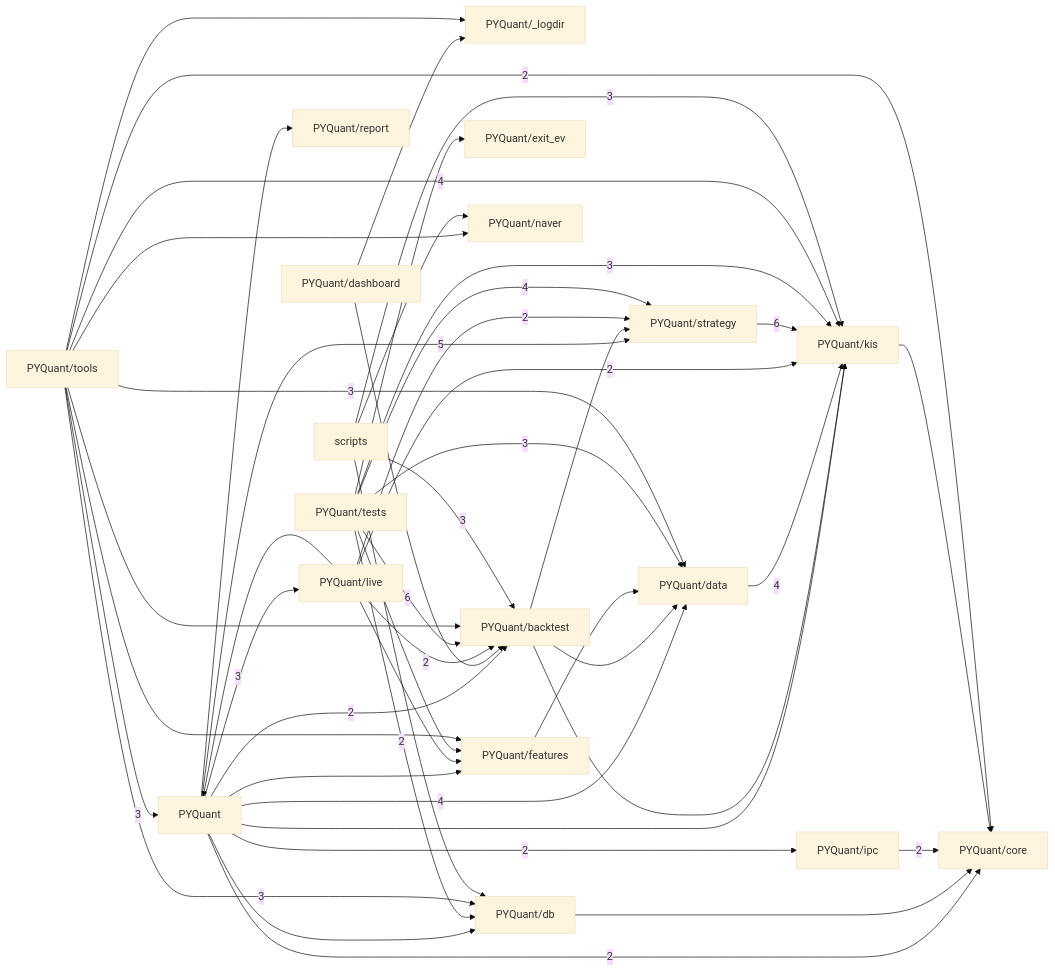
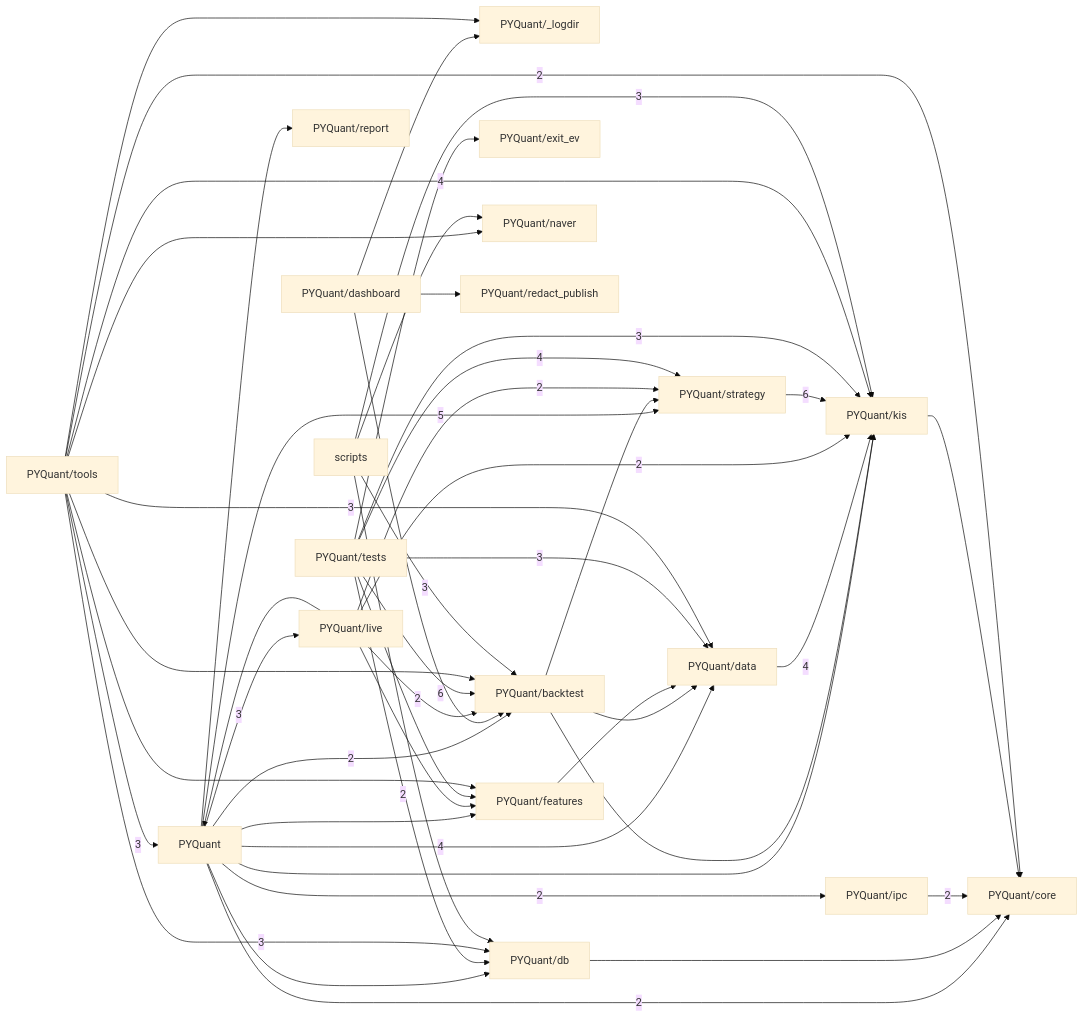
One commit to pypy8171/Quant changed the third of 3 diagrams in docs/CODE_GRAPH.md. Above: the diagram before and after it, drawn with Mermaid (base theme). The commit also changed other lines of this file and 69 other files, not shown here.

````diff
--- a/docs/CODE_GRAPH.md
+++ b/docs/CODE_GRAPH.md
@@ -903,67 +918,69 @@
 ```mermaid
 graph LR
   p_PYQuant["PYQuant"]
   p_PYQuant__logdir["PYQuant/_logdir"]
   p_PYQuant_backtest["PYQuant/backtest"]
   p_PYQuant_core["PYQuant/core"]
   p_PYQuant_dashboard["PYQuant/dashboard"]
   p_PYQuant_data["PYQuant/data"]
   p_PYQuant_db["PYQuant/db"]
   p_PYQuant_exit_ev["PYQuant/exit_ev"]
   p_PYQuant_features["PYQuant/features"]
   p_PYQuant_ipc["PYQuant/ipc"]
   p_PYQuant_kis["PYQuant/kis"]
   p_PYQuant_live["PYQuant/live"]
   p_PYQuant_naver["PYQuant/naver"]
+  p_PYQuant_redact_publish["PYQuant/redact_publish"]
   p_PYQuant_report["PYQuant/report"]
   p_PYQuant_strategy["PYQuant/strategy"]
   p_PYQuant_tests["PYQuant/tests"]
   p_PYQuant_tools["PYQuant/tools"]
   p_scripts["scripts"]
   p_PYQuant -->|2| p_PYQuant_backtest
   p_PYQuant -->|2| p_PYQuant_core
   p_PYQuant -->|4| p_PYQuant_data
   p_PYQuant --> p_PYQuant_db
   p_PYQuant --> p_PYQuant_features
   p_PYQuant -->|2| p_PYQuant_ipc
   p_PYQuant --> p_PYQuant_kis
   p_PYQuant -->|3| p_PYQuant_live
   p_PYQuant --> p_PYQuant_report
   p_PYQuant -->|5| p_PYQuant_strategy
   p_PYQuant_backtest --> p_PYQuant_data
   p_PYQuant_backtest --> p_PYQuant_kis
   p_PYQuant_backtest --> p_PYQuant_strategy
   p_PYQuant_dashboard --> p_PYQuant__logdir
   p_PYQuant_dashboard --> p_PYQuant_backtest
+  p_PYQuant_dashboard --> p_PYQuant_redact_publish
   p_PYQuant_data -->|4| p_PYQuant_kis
   p_PYQuant_db --> p_PYQuant_core
   p_PYQuant_features --> p_PYQuant_data
   p_PYQuant_ipc -->|2| p_PYQuant_core
   p_PYQuant_kis --> p_PYQuant_core
   p_PYQuant_live --> p_PYQuant
   p_PYQuant_live -->|2| p_PYQuant_backtest
   p_PYQuant_live --> p_PYQuant_features
   p_PYQuant_live -->|2| p_PYQuant_kis
   p_PYQuant_live -->|2| p_PYQuant_strategy
   p_PYQuant_strategy -->|6| p_PYQuant_kis
   p_PYQuant_tests -->|6| p_PYQuant_backtest
   p_PYQuant_tests -->|3| p_PYQuant_data
   p_PYQuant_tests -->|2| p_PYQuant_db
   p_PYQuant_tests --> p_PYQuant_exit_ev
   p_PYQuant_tests --> p_PYQuant_features
   p_PYQuant_tests -->|3| p_PYQuant_kis
   p_PYQuant_tests -->|4| p_PYQuant_strategy
   p_PYQuant_tools -->|3| p_PYQuant
   p_PYQuant_tools --> p_PYQuant__logdir
   p_PYQuant_tools --> p_PYQuant_backtest
   p_PYQuant_tools -->|2| p_PYQuant_core
   p_PYQuant_tools -->|3| p_PYQuant_data
   p_PYQuant_tools -->|3| p_PYQuant_db
   p_PYQuant_tools --> p_PYQuant_features
   p_PYQuant_tools -->|4| p_PYQuant_kis
   p_PYQuant_tools --> p_PYQuant_naver
   p_scripts -->|3| p_PYQuant_backtest
   p_scripts --> p_PYQuant_db
   p_scripts -->|3| p_PYQuant_kis
   p_scripts --> p_PYQuant_naver
 ```
````
